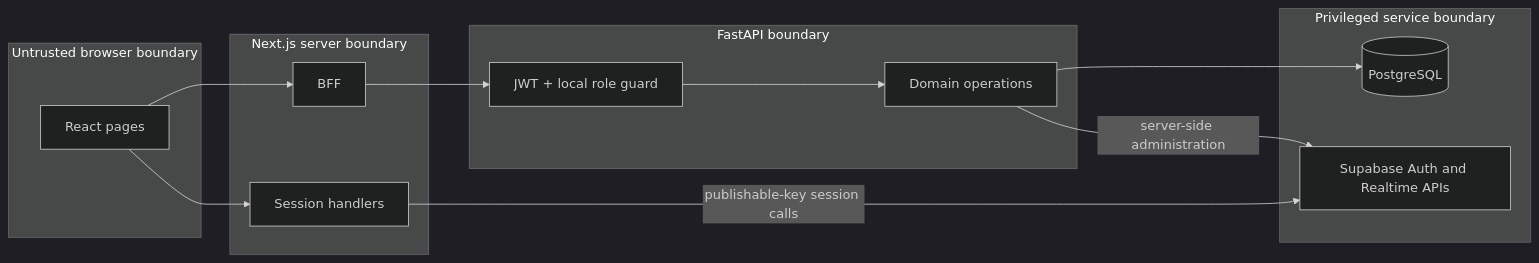
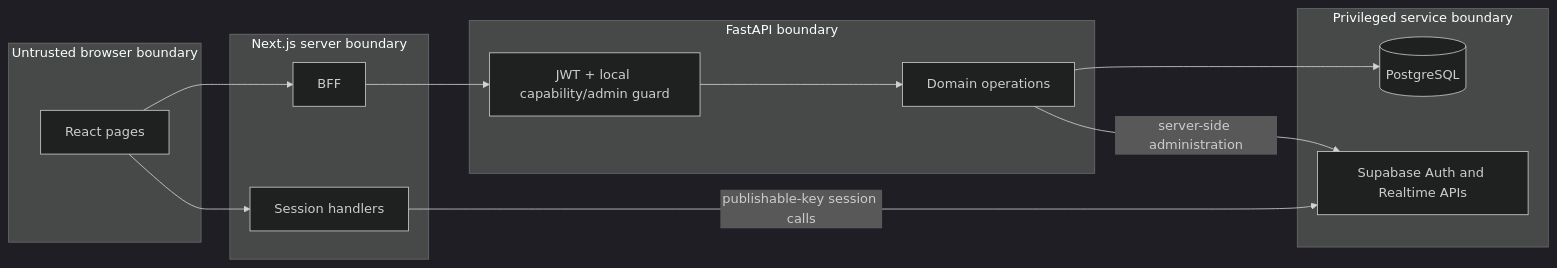
The second of 2 diagrams in docs/architecture/02-system-context.md (jayeuse/openslate), drawn with Mermaid (dark theme) before and after one commit. The commit also changed other lines of this file and 50 other files, not shown here.

````diff
--- a/docs/architecture/02-system-context.md
+++ b/docs/architecture/02-system-context.md
@@ -70,23 +70,23 @@
 ```mermaid
 flowchart LR
     subgraph Browser[Untrusted browser boundary]
         UI[React pages]
     end
     subgraph Next[Next.js server boundary]
         Session[Session handlers]
         BFF[BFF]
     end
     subgraph API[FastAPI boundary]
-        JWT[JWT + local role guard]
+        JWT[JWT + local capability/admin guard]
         Domain[Domain operations]
     end
     subgraph Data[Privileged service boundary]
         DB[(PostgreSQL)]
         Supabase[Supabase Auth and Realtime APIs]
     end
     UI --> Session
     UI --> BFF
     Session -->|publishable-key session calls| Supabase
     BFF --> JWT --> Domain --> DB
     Domain -->|server-side administration| Supabase
 ```
````
